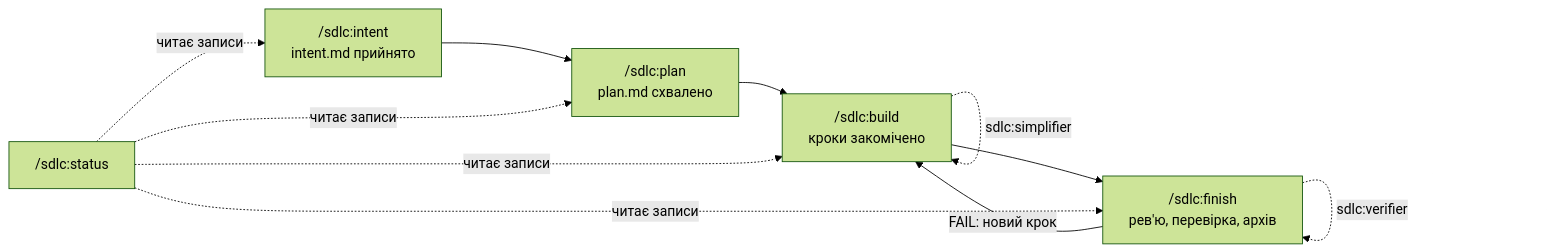
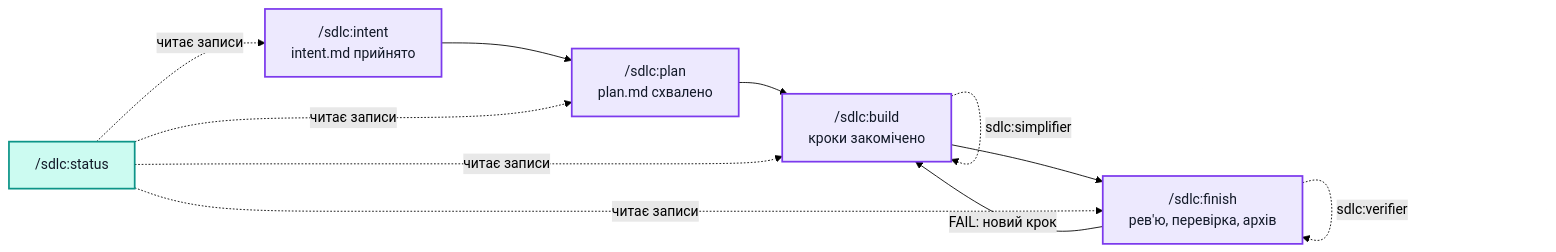
One commit to 3meyc/agent-kit changed the diagram in plugins/sdlc/README.uk.md. Above: the diagram before and after it, drawn with Mermaid (forest theme). The commit also changed other lines of this file and 16 other files, not shown here.

First line of the commit message:
docs: colour every diagram, start the evolution pages, retire the design banner

````diff
--- a/plugins/sdlc/README.uk.md
+++ b/plugins/sdlc/README.uk.md
@@ -18,10 +18,14 @@
 ```mermaid
 flowchart LR
   I["/sdlc:intent<br/>intent.md прийнято"] --> P["/sdlc:plan<br/>plan.md схвалено"]
   P --> B["/sdlc:build<br/>кроки закомічено"]
   B -. "sdlc:simplifier" .-> B
   B --> F["/sdlc:finish<br/>рев'ю, перевірка, архів"]
   F -. "sdlc:verifier" .-> F
   F -- "FAIL: новий крок" --> B
   S["/sdlc:status"] -. "читає записи" .-> I & P & B & F
+  classDef stage fill:#ede9fe,stroke:#7c3aed,stroke-width:2px,color:#111827
+  classDef report fill:#ccfbf1,stroke:#0d9488,stroke-width:2px,color:#111827
+  class I,P,B,F stage
+  class S report
 ```
````
